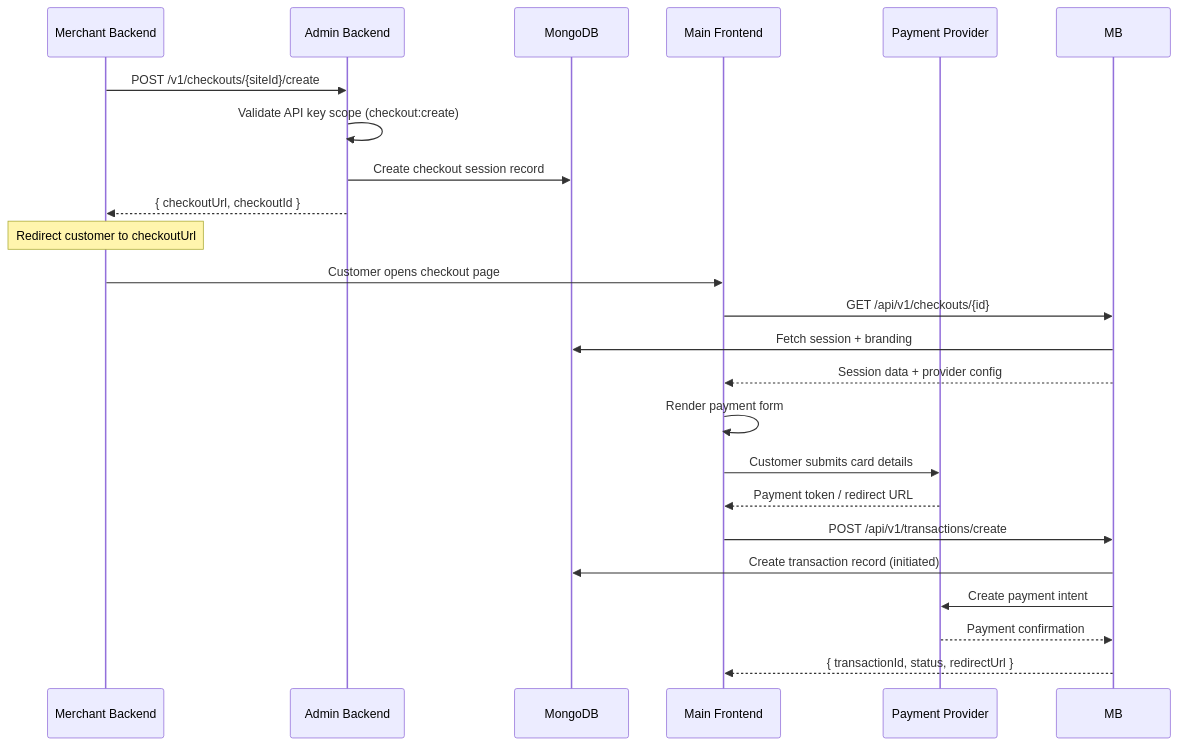
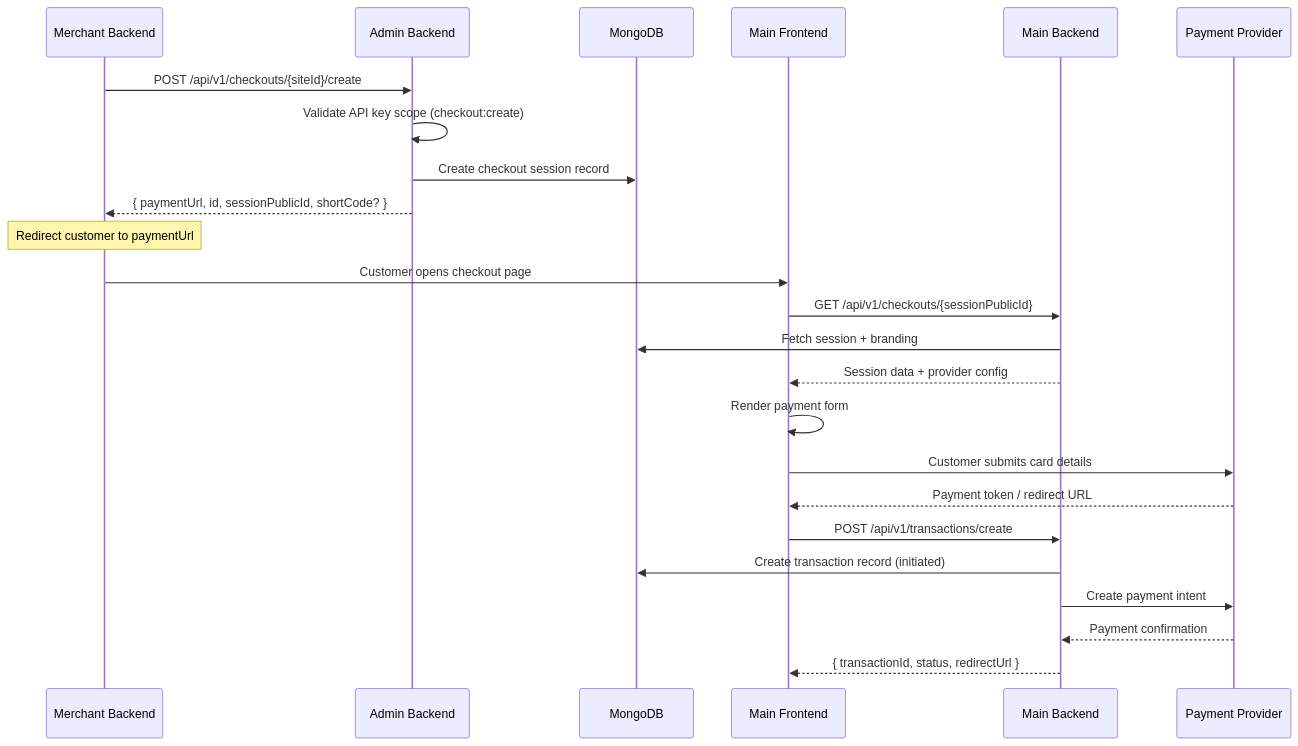
Before and after one commit to Root-Sector-Ltd-and-Co-KG/payment-gateway-docs: the second of 7 diagrams in content/docs/architecture/diagrams.mdx, drawn with Mermaid. The commit also changed other lines of this file and 26 other files, not shown here.

Commit message:
docs: enhance API documentation with hostname conventions, update Admin API and Main Backend details, and clarify webhook handling

````diff
--- a/content/docs/architecture/diagrams.mdx
+++ b/content/docs/architecture/diagrams.mdx
@@ -57,31 +67,32 @@
 ```mermaid
 sequenceDiagram
     participant M as Merchant Backend
     participant AB as Admin Backend
     participant DB as MongoDB
     participant MF as Main Frontend
+    participant MB as Main Backend
     participant P as Payment Provider
 
-    M->>AB: POST /v1/checkouts/{siteId}/create
+    M->>AB: POST /api/v1/checkouts/{siteId}/create
     AB->>AB: Validate API key scope (checkout:create)
     AB->>DB: Create checkout session record
-    AB-->>M: { checkoutUrl, checkoutId }
+    AB-->>M: { paymentUrl, id, sessionPublicId, shortCode? }
 
-    Note over M: Redirect customer to checkoutUrl
+    Note over M: Redirect customer to paymentUrl
 
     M->>MF: Customer opens checkout page
-    MF->>MB: GET /api/v1/checkouts/{id}
+    MF->>MB: GET /api/v1/checkouts/{sessionPublicId}
     MB->>DB: Fetch session + branding
     MB-->>MF: Session data + provider config
 
     MF->>MF: Render payment form
 
     MF->>P: Customer submits card details
     P-->>MF: Payment token / redirect URL
 
     MF->>MB: POST /api/v1/transactions/create
     MB->>DB: Create transaction record (initiated)
     MB->>P: Create payment intent
     P-->>MB: Payment confirmation
     MB-->>MF: { transactionId, status, redirectUrl }
 ```
````
